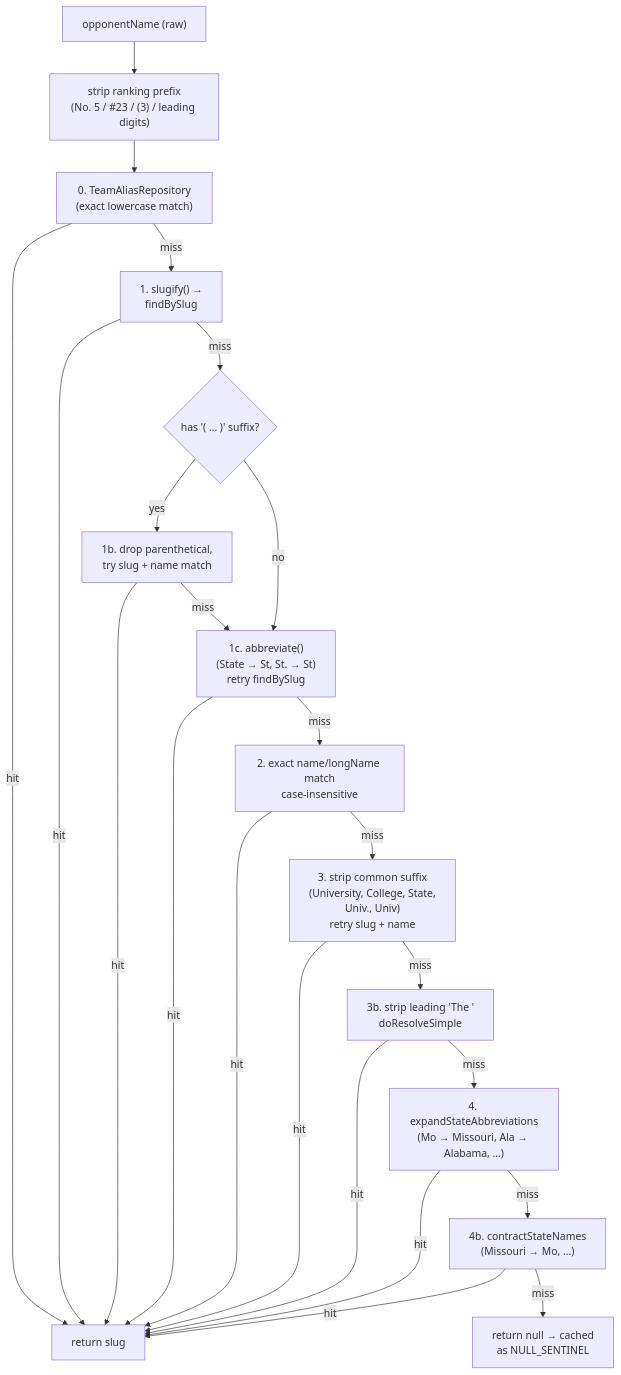
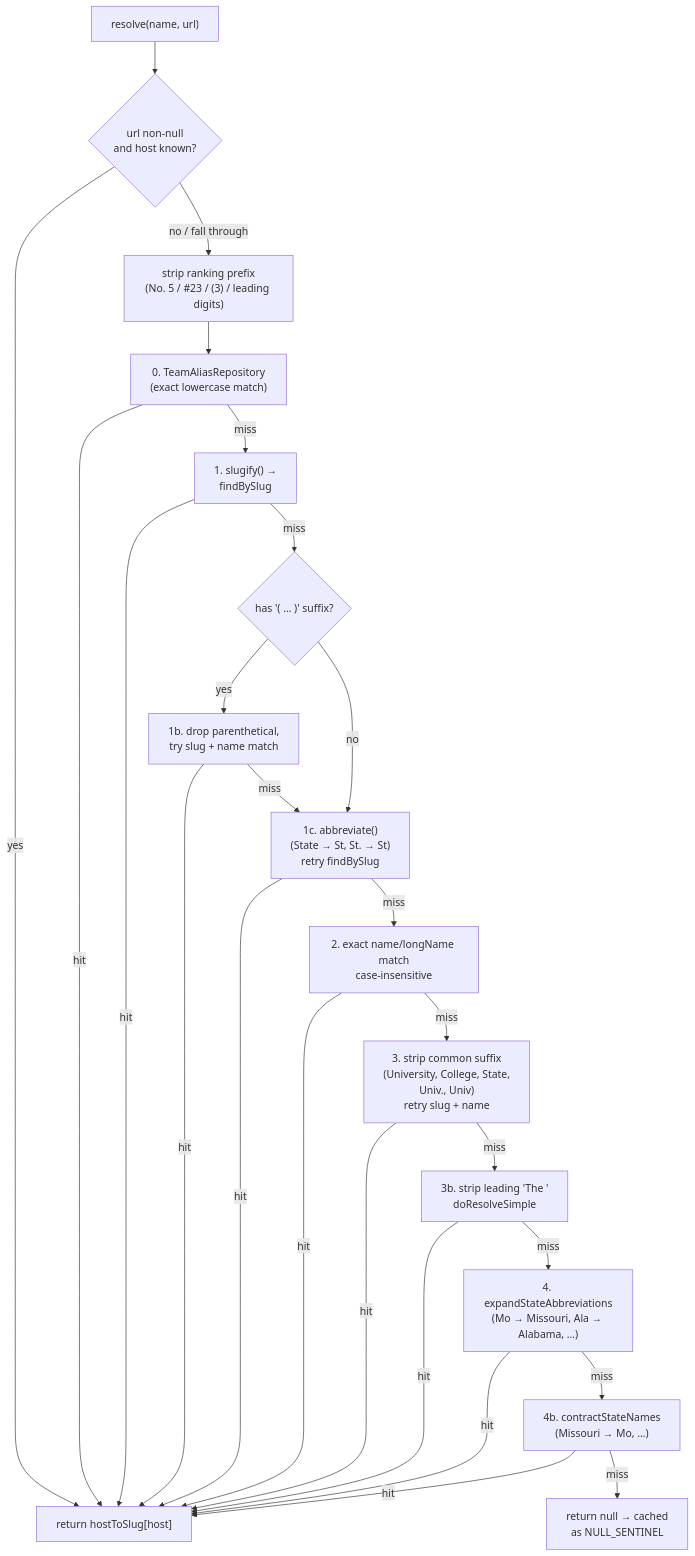
Before and after one commit to mondok/riseballs-documentation: the diagram in scraper/03-parsers.md, drawn with Mermaid. The commit also changed other lines of this file and 1 other file, not shown here.

First line of the commit message:
Document opponent-URL disambiguation in OpponentResolver

````diff
--- a/scraper/03-parsers.md
+++ b/scraper/03-parsers.md
@@ -147,25 +152,27 @@
 ```mermaid
 flowchart TD
-    Start["opponentName (raw)"] --> StripRank["strip ranking prefix<br/>(No. 5 / #23 / (3) / leading digits)"]
+    Start["resolve(name, url)"] --> UrlCheck{"url non-null<br/>and host known?"}
+    UrlCheck -->|yes| Done["return hostToSlug[host]"]
+    UrlCheck -->|no / fall through| StripRank["strip ranking prefix<br/>(No. 5 / #23 / (3) / leading digits)"]
     StripRank --> Alias["0. TeamAliasRepository<br/>(exact lowercase match)"]
-    Alias -->|hit| Done["return slug"]
+    Alias -->|hit| Done
     Alias -->|miss| Slug["1. slugify() →<br/>findBySlug"]
     Slug -->|hit| Done
     Slug -->|miss| Parens{"has '( … )' suffix?"}
     Parens -->|yes| StripParens["1b. drop parenthetical,<br/>try slug + name match"]
     StripParens -->|hit| Done
     Parens -->|no| Abbr["1c. abbreviate()<br/>(State → St, St. → St)<br/>retry findBySlug"]
     StripParens -->|miss| Abbr
     Abbr -->|hit| Done
     Abbr -->|miss| NameMatch["2. exact name/longName match<br/>case-insensitive"]
     NameMatch -->|hit| Done
     NameMatch -->|miss| Suffix["3. strip common suffix<br/>(University, College, State,<br/>Univ., Univ)<br/>retry slug + name"]
     Suffix -->|hit| Done
     Suffix -->|miss| The["3b. strip leading 'The '<br/>doResolveSimple"]
     The -->|hit| Done
     The -->|miss| StateExp["4. expandStateAbbreviations<br/>(Mo → Missouri, Ala → Alabama, …)"]
     StateExp -->|hit| Done
     StateExp -->|miss| StateContract["4b. contractStateNames<br/>(Missouri → Mo, …)"]
     StateContract -->|hit| Done
     StateContract -->|miss| Null["return null → cached<br/>as NULL_SENTINEL"]
 ```
````
